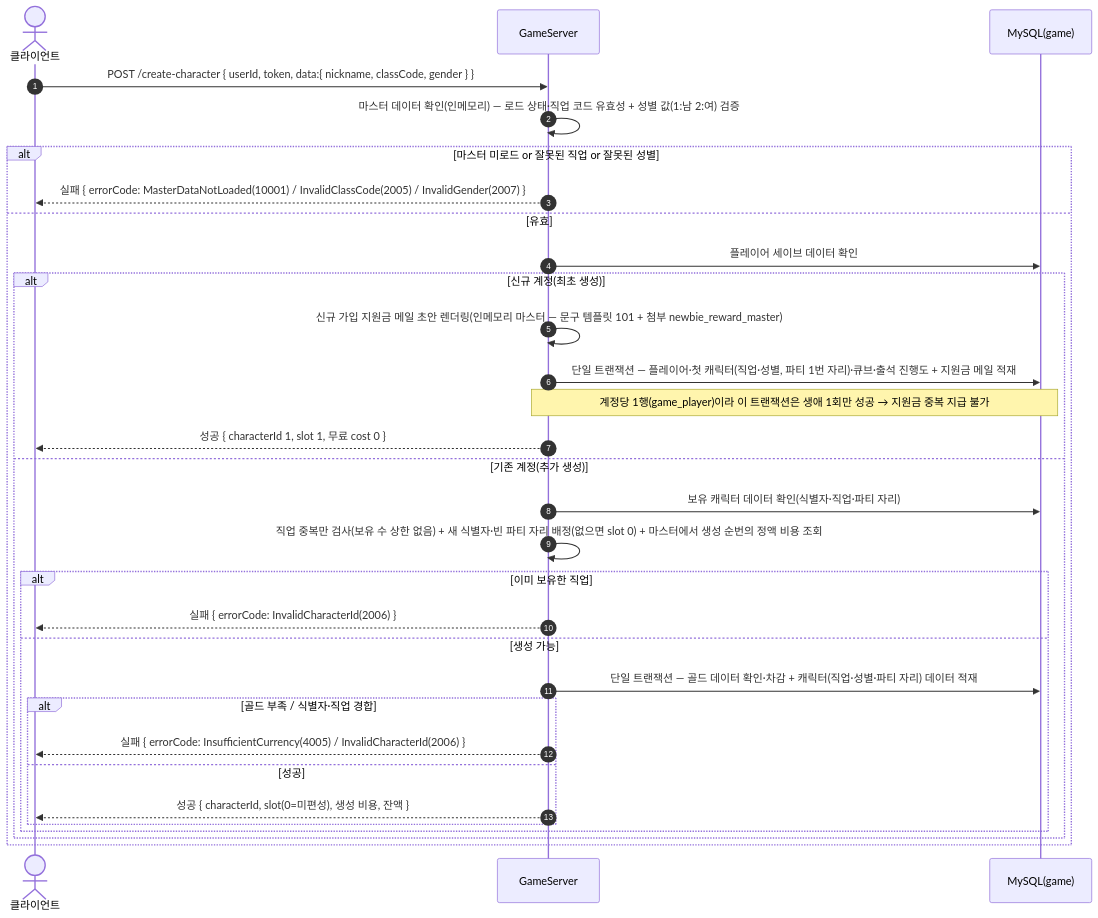
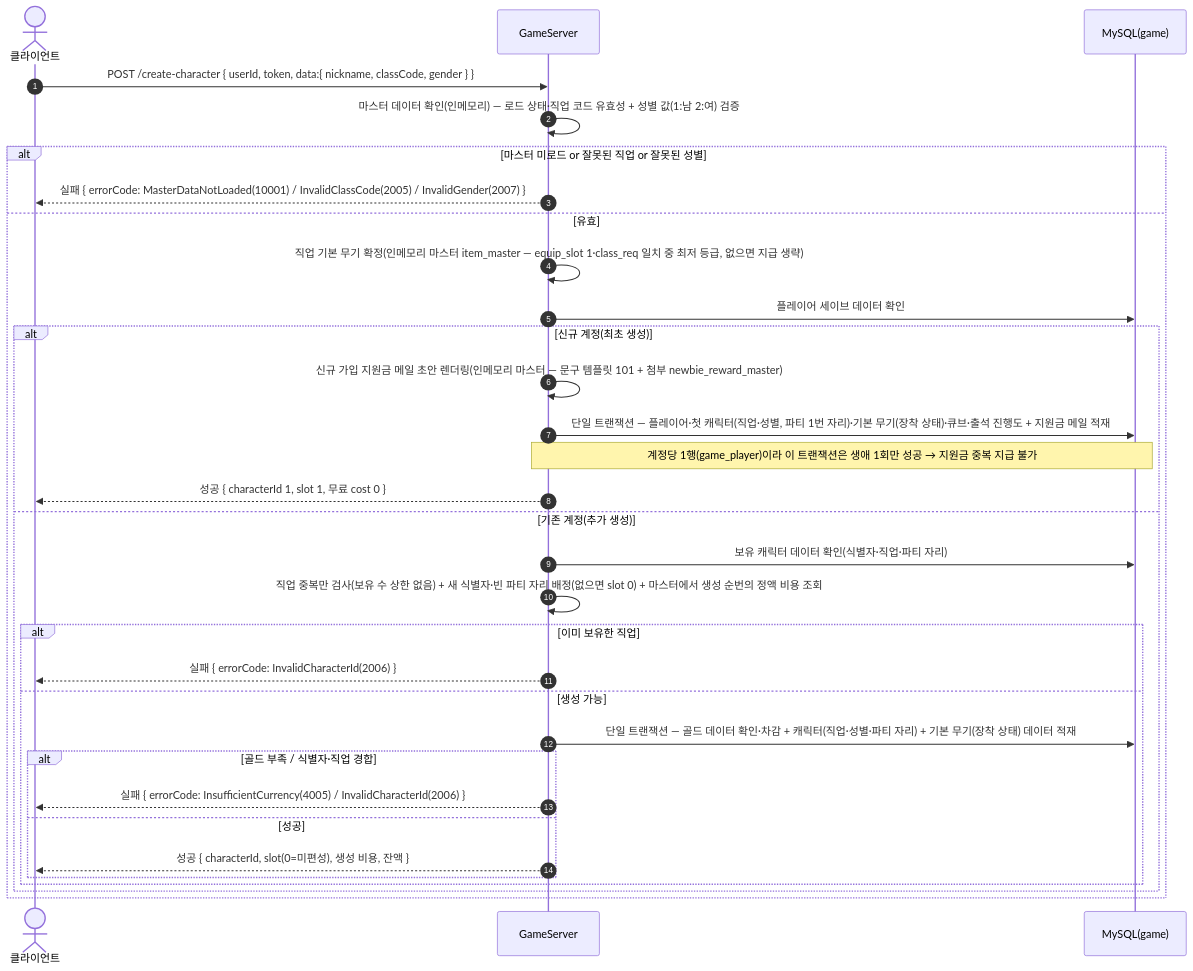
The sixth of 39 diagrams in SequenceDiagram/README.md (ks-wook/com2us-taskbar-hero), drawn with Mermaid before and after one commit. The commit also changed 7 other files, not shown here.

````diff
--- a/SequenceDiagram/README.md
+++ b/SequenceDiagram/README.md
@@ -214,34 +214,35 @@
 ```mermaid
 sequenceDiagram
     autonumber
     actor C as 클라이언트
     participant S as GameServer
     participant DB as MySQL(game)
 
     C->>S: POST /create-character { userId, token, data:{ nickname, classCode, gender } }
     S->>S: 마스터 데이터 확인(인메모리) — 로드 상태·직업 코드 유효성 + 성별 값(1:남 2:여) 검증
     alt 마스터 미로드 or 잘못된 직업 or 잘못된 성별
         S-->>C: 실패 { errorCode: MasterDataNotLoaded(10001) / InvalidClassCode(2005) / InvalidGender(2007) }
     else 유효
+        S->>S: 직업 기본 무기 확정(인메모리 마스터 item_master — equip_slot 1·class_req 일치 중 최저 등급, 없으면 지급 생략)
         S->>DB: 플레이어 세이브 데이터 확인
         alt 신규 계정(최초 생성)
             S->>S: 신규 가입 지원금 메일 초안 렌더링(인메모리 마스터 — 문구 템플릿 101 + 첨부 newbie_reward_master)
-            S->>DB: 단일 트랜잭션 — 플레이어·첫 캐릭터(직업·성별, 파티 1번 자리)·큐브·출석 진행도 + 지원금 메일 적재
+            S->>DB: 단일 트랜잭션 — 플레이어·첫 캐릭터(직업·성별, 파티 1번 자리)·기본 무기(장착 상태)·큐브·출석 진행도 + 지원금 메일 적재
             Note over S,DB: 계정당 1행(game_player)이라 이 트랜잭션은 생애 1회만 성공 → 지원금 중복 지급 불가
             S-->>C: 성공 { characterId 1, slot 1, 무료 cost 0 }
         else 기존 계정(추가 생성)
             S->>DB: 보유 캐릭터 데이터 확인(식별자·직업·파티 자리)
             S->>S: 직업 중복만 검사(보유 수 상한 없음) + 새 식별자·빈 파티 자리 배정(없으면 slot 0) + 마스터에서 생성 순번의 정액 비용 조회
             alt 이미 보유한 직업
                 S-->>C: 실패 { errorCode: InvalidCharacterId(2006) }
             else 생성 가능
-                S->>DB: 단일 트랜잭션 — 골드 데이터 확인·차감 + 캐릭터(직업·성별·파티 자리) 데이터 적재
+                S->>DB: 단일 트랜잭션 — 골드 데이터 확인·차감 + 캐릭터(직업·성별·파티 자리) + 기본 무기(장착 상태) 데이터 적재
                 alt 골드 부족 / 식별자·직업 경합
                     S-->>C: 실패 { errorCode: InsufficientCurrency(4005) / InvalidCharacterId(2006) }
                 else 성공
                     S-->>C: 성공 { characterId, slot(0=미편성), 생성 비용, 잔액 }
                 end
             end
         end
     end
 ```
````
